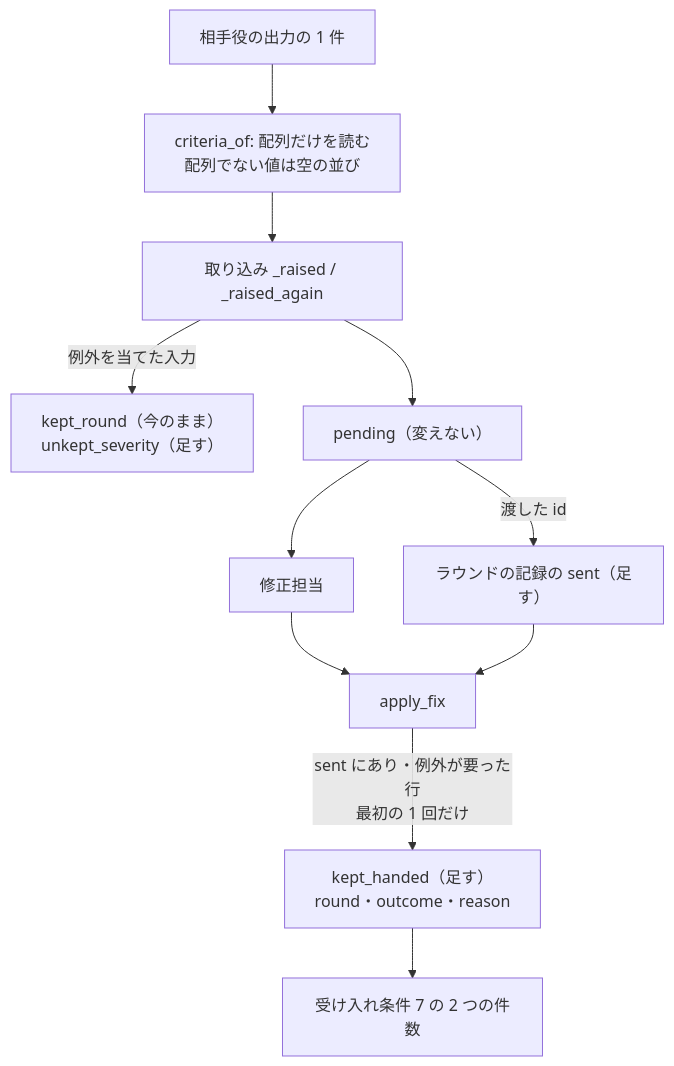
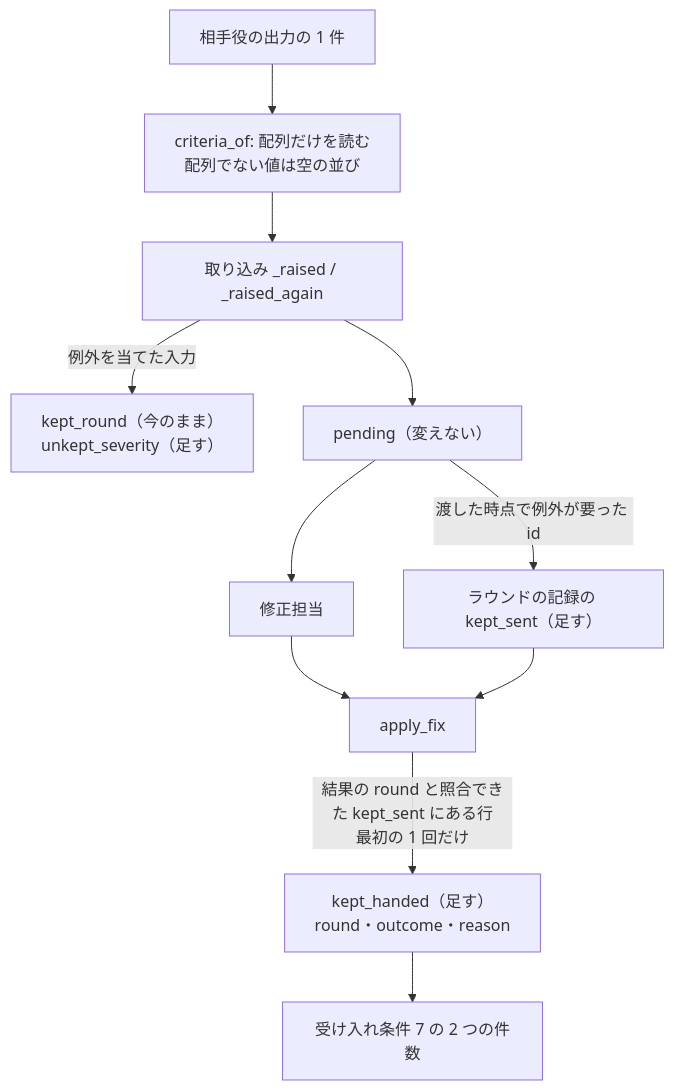
The second of 2 diagrams in issues/issue-4084-design.md (devbasex/ai-plugins), drawn with Mermaid before and after one commit. The commit also changed other lines of this file and 1 other file, not shown here.

First line of the commit message:
Docs: #4084 の kept_handed を渡した時点の kept_sent と結果の round の照合で決め、MVV の再判定で判定用の項目を置き直す

````diff
--- a/issues/issue-4084-design.md
+++ b/issues/issue-4084-design.md
@@ -42,13 +42,13 @@
 ```mermaid
 graph TD
   O["相手役の出力の 1 件"] --> R["criteria_of: 配列だけを読む<br>配列でない値は空の並び"]
   R --> E["取り込み _raised / _raised_again"]
   E -->|"例外を当てた入力"| K["kept_round（今のまま）<br>unkept_severity（足す）"]
   E --> P["pending（変えない）"]
   P --> F["修正担当"]
-  P -->|"渡した id"| S["ラウンドの記録の sent（足す）"]
+  P -->|"渡した時点で例外が要った id"| S["ラウンドの記録の kept_sent（足す）"]
   F --> A["apply_fix"]
   S --> A
-  A -->|"sent にあり・例外が要った行<br>最初の 1 回だけ"| H["kept_handed（足す）<br>round・outcome・reason"]
+  A -->|"結果の round と照合できた kept_sent にある行<br>最初の 1 回だけ"| H["kept_handed（足す）<br>round・outcome・reason"]
   H --> C["受け入れ条件 7 の 2 つの件数"]
 ```
````
